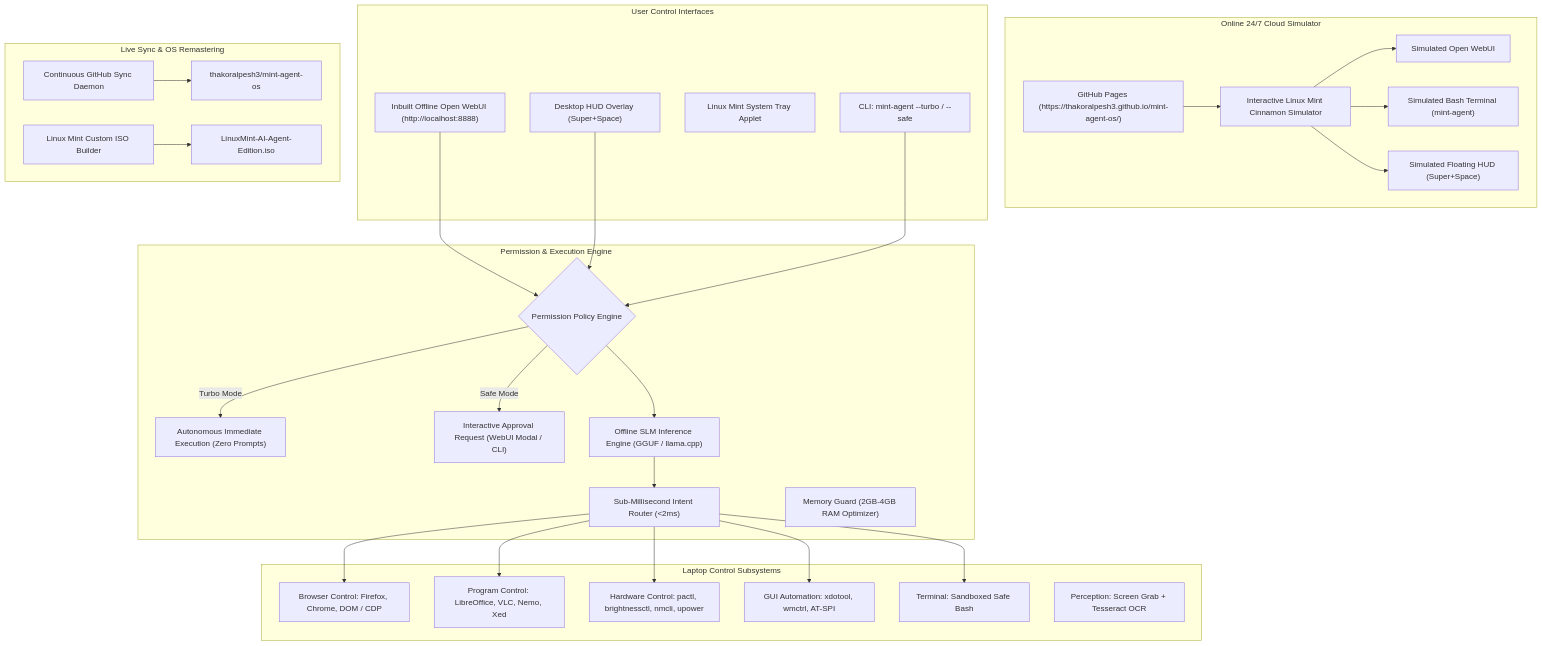
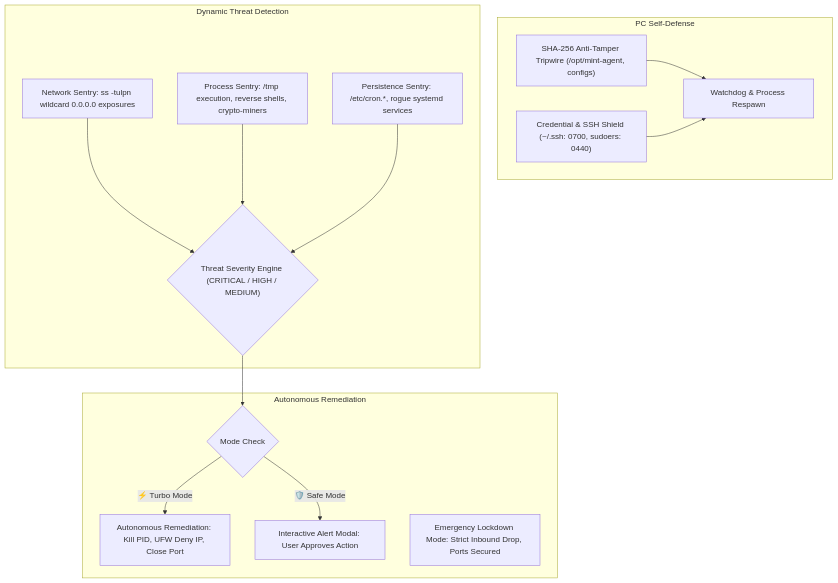
Before and after one commit to thakoralpesh3/mint-agent-os: the diagram in README.md, drawn with Mermaid. The commit also changed other lines of this file and 3 other files, not shown here.

Commit message:
🤖 Auto-Sync: Antigravity Conversation & Mint Agent OS [2026-10-26 20:16:42]

````diff
--- a/README.md
+++ b/README.md
@@ -31,51 +35,25 @@
 ```mermaid
 graph TD
-    subgraph Online 24/7 Cloud Simulator
-        Pages["GitHub Pages (https://thakoralpesh3.github.io/mint-agent-os/)"] --> WebSim["Interactive Linux Mint Cinnamon Simulator"]
-        WebSim --> SimWebUI["Simulated Open WebUI"]
-        WebSim --> SimTerm["Simulated Bash Terminal (mint-agent)"]
-        WebSim --> SimHUD["Simulated Floating HUD (Super+Space)"]
+    subgraph PC Self-Defense
+        Tripwire["SHA-256 Anti-Tamper Tripwire (/opt/mint-agent, configs)"] --> Sentry["Watchdog & Process Respawn"]
+        CredShield["Credential & SSH Shield (~/.ssh: 0700, sudoers: 0440)"] --> Sentry
     end
 
-    subgraph User Control Interfaces
-        WebUI["Inbuilt Offline Open WebUI (http://localhost:8888)"]
-        HUD["Desktop HUD Overlay (Super+Space)"]
-        Tray["Linux Mint System Tray Applet"]
-        CLI["CLI: mint-agent --turbo / --safe"]
+    subgraph Dynamic Threat Detection
+        NetAudit["Network Sentry: ss -tulpn wildcard 0.0.0.0 exposures"]
+        ProcAudit["Process Sentry: /tmp execution, reverse shells, crypto-miners"]
+        PersistAudit["Persistence Sentry: /etc/cron.*, rogue systemd services"]
+        
+        NetAudit --> ThreatClassifier{"Threat Severity Engine (CRITICAL / HIGH / MEDIUM)"}
+        ProcAudit --> ThreatClassifier
+        PersistAudit --> ThreatClassifier
     end
 
-    subgraph Permission & Execution Engine
-        PolicySwitch{"Permission Policy Engine"}
-        PolicySwitch -->|Turbo Mode| DirectExec["Autonomous Immediate Execution (Zero Prompts)"]
-        PolicySwitch -->|Safe Mode| PermModal["Interactive Approval Request (WebUI Modal / CLI)"]
+    subgraph Autonomous Remediation
+        ThreatClassifier --> ModeCheck{"Mode Check"}
+        ModeCheck -->|⚡ Turbo Mode| AutoNeutralize["Autonomous Remediation: Kill PID, UFW Deny IP, Close Port"]
+        ModeCheck -->|🛡️ Safe Mode| UserAlert["Interactive Alert Modal: User Approves Action"]
         
-        Brain["Offline SLM Inference Engine (GGUF / llama.cpp)"]
-        FastRouter["Sub-Millisecond Intent Router (<2ms)"]
-        MemGuard["Memory Guard (2GB-4GB RAM Optimizer)"]
+        LockdownMode["Emergency Lockdown Mode: Strict Inbound Drop, Ports Secured"]
     end
-
-    subgraph Laptop Control Subsystems
-        BrowserCtrl["Browser Control: Firefox, Chrome, DOM / CDP"]
-        ProgramCtrl["Program Control: LibreOffice, VLC, Nemo, Xed"]
-        SysCtrl["Hardware Control: pactl, brightnessctl, nmcli, upower"]
-        GUICtrl["GUI Automation: xdotool, wmctrl, AT-SPI"]
-        TermCtrl["Terminal: Sandboxed Safe Bash"]
-        VisionCtrl["Perception: Screen Grab + Tesseract OCR"]
-    end
-
-    subgraph Live Sync & OS Remastering
-        SyncDaemon["Continuous GitHub Sync Daemon"] --> GitHub["thakoralpesh3/mint-agent-os"]
-        ISORemaster["Linux Mint Custom ISO Builder"] --> BootableISO["LinuxMint-AI-Agent-Edition.iso"]
-    end
-
-    WebUI --> PolicySwitch
-    HUD --> PolicySwitch
-    CLI --> PolicySwitch
-    PolicySwitch --> Brain
-    Brain --> FastRouter
-    FastRouter --> BrowserCtrl
-    FastRouter --> ProgramCtrl
-    FastRouter --> SysCtrl
-    FastRouter --> GUICtrl
-    FastRouter --> TermCtrl
 ```
````
